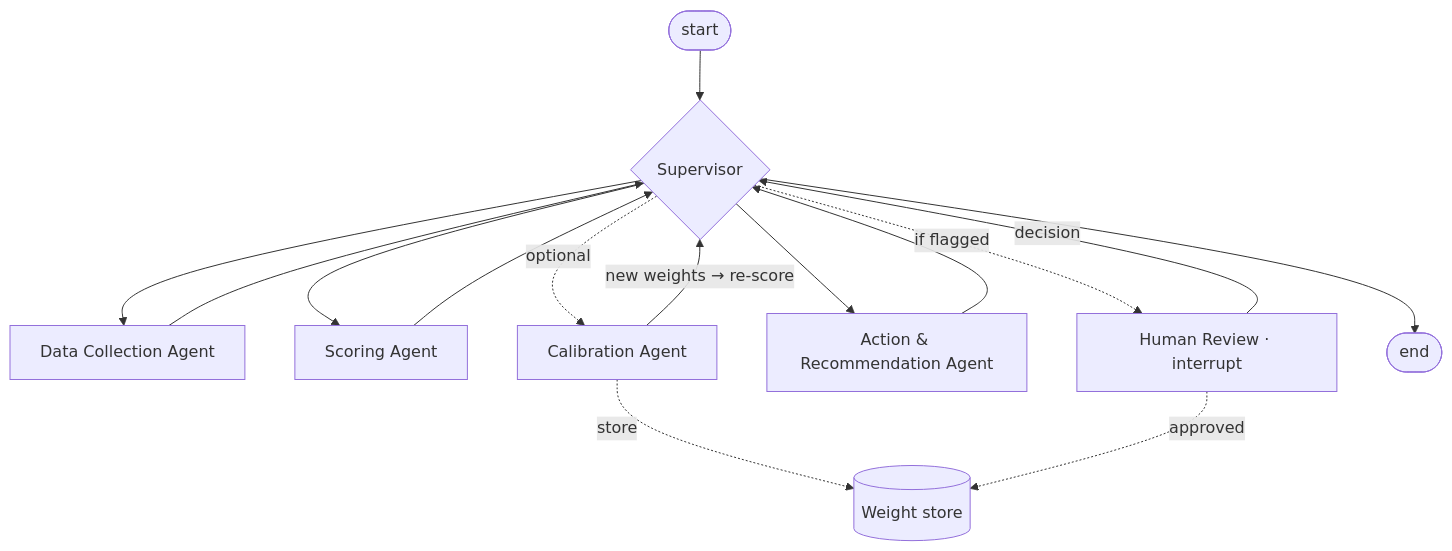
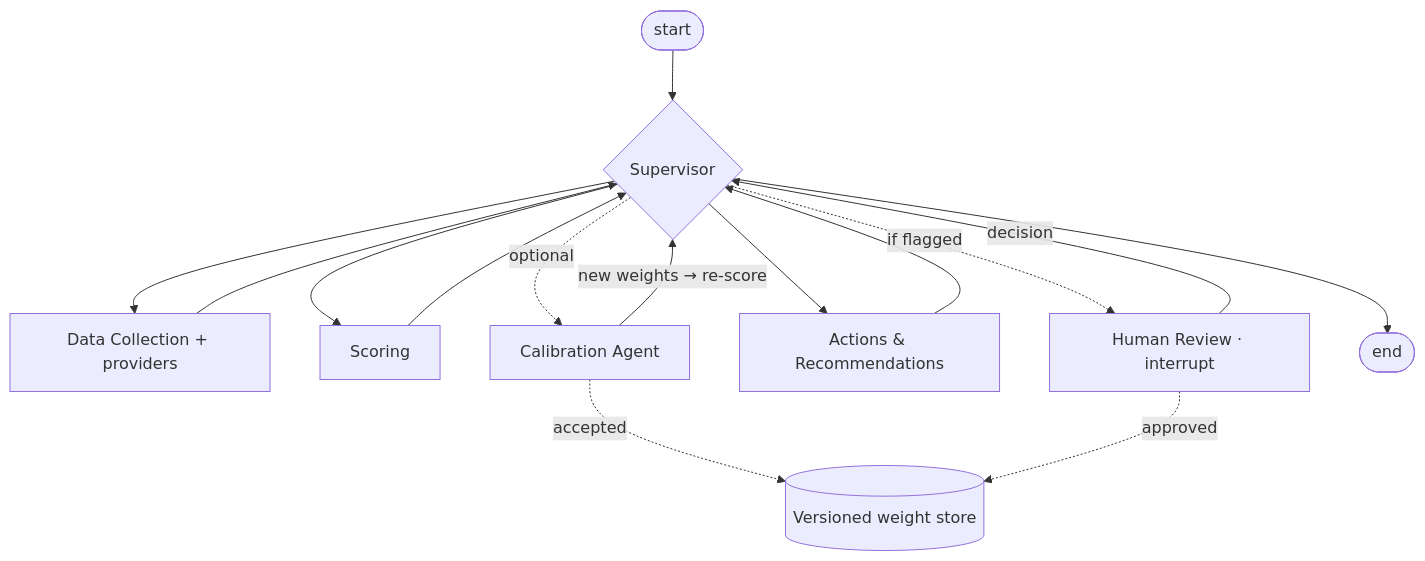
Before and after one commit to CsabaRanks/Lean-Agentic-AI-Supplier-Risk-System: the diagram in README.md, drawn with Mermaid. The commit also changed other lines of this file, not shown here.

````diff
--- a/README.md
+++ b/README.md
@@ -163,17 +138,17 @@
 ```mermaid
 flowchart TD
     START([start]) --> SUP{Supervisor}
-    SUP --> DC[Data Collection Agent]
-    SUP --> SC[Scoring Agent]
+    SUP --> DC[Data Collection + providers]
+    SUP --> SC[Scoring]
     SUP -. optional .-> CA[Calibration Agent]
-    SUP --> RA[Action & Recommendation Agent]
+    SUP --> RA[Actions & Recommendations]
     SUP -. if flagged .-> HR[Human Review · interrupt]
     DC --> SUP
     SC --> SUP
     CA -- new weights → re-score --> SUP
     RA --> SUP
     HR -- decision --> SUP
     SUP --> END([end])
-    CA -. store .-> WS[(Weight store)]
+    CA -. accepted .-> WS[(Versioned weight store)]
     HR -. approved .-> WS
 ```
````
